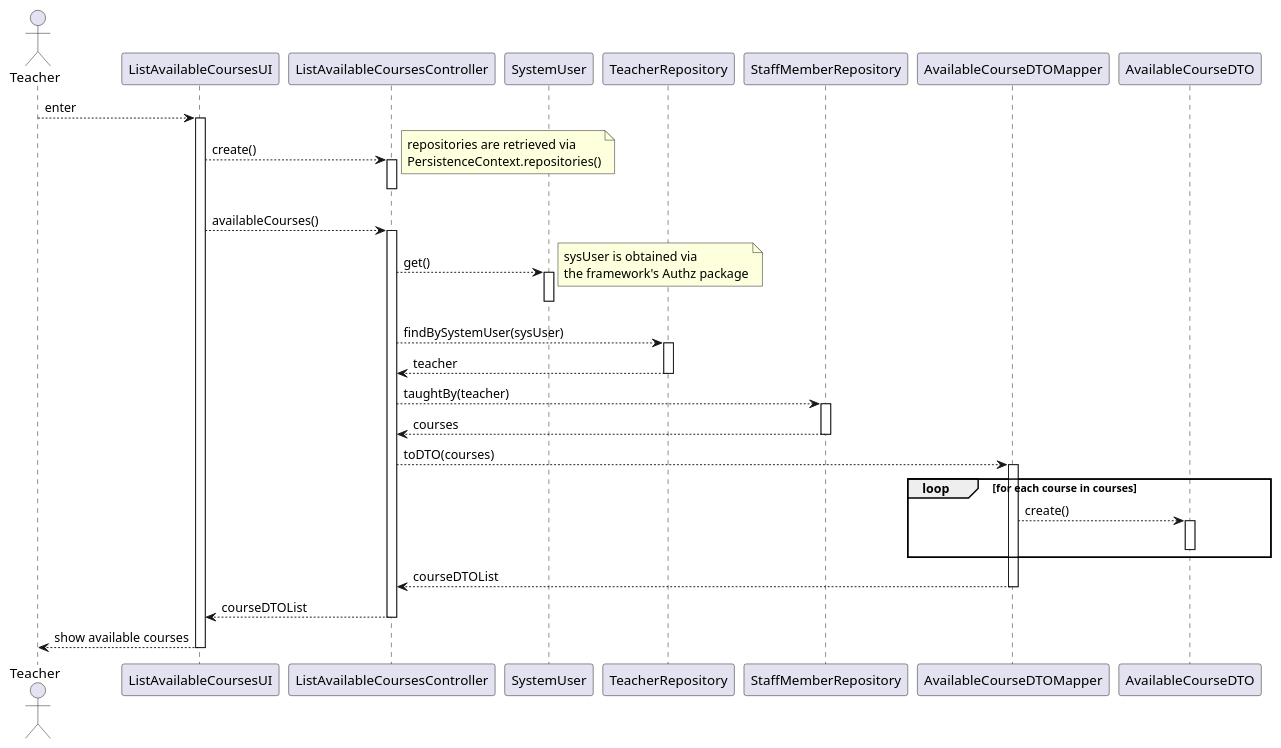
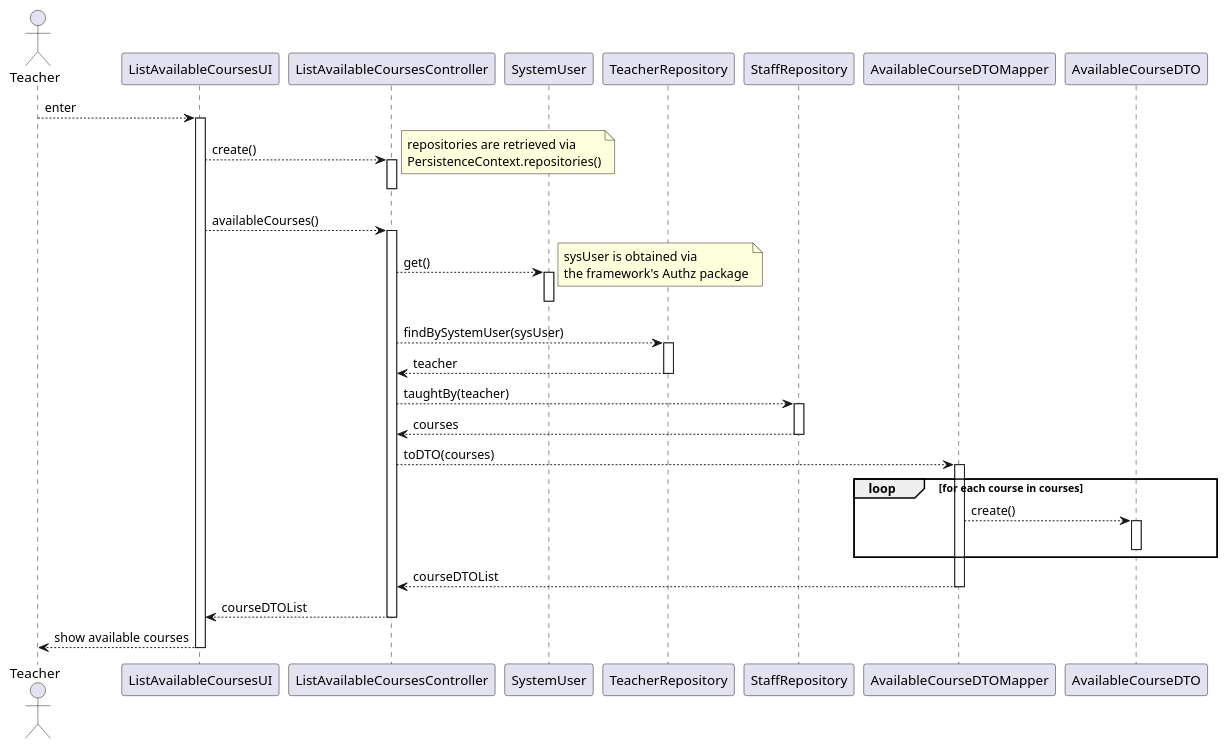
Before and after one commit to jovami/isep-lapr4: the diagram in docs/us_1006/sd-teacher.puml, drawn with PlantUML. The commit also changed 13 other files, not shown here.

```diff
--- a/docs/us_1006/sd-teacher.puml
+++ b/docs/us_1006/sd-teacher.puml
@@ -1,66 +1,66 @@
 @startuml
 
 actor Teacher as user
 participant ListAvailableCoursesUI as ui
 participant ListAvailableCoursesController as ctrl
 
 ' participant PersistenceContext as ctx
 ' participant RepositoryFactory as rep_fac
 
 participant SystemUser as sys_usr
 
 participant TeacherRepository as t_repo
 
-participant StaffMemberRepository as st_repo
+participant StaffRepository as st_repo
 
 ' participant AuthzRegistry as authreg
 ' participant AuthorizationService as authsvc
 ' participant Session as sess
 
 participant AvailableCourseDTOMapper as mapper
 participant AvailableCourseDTO as dto
 
 ' participant Course as course
 
 user --> ui : enter
 
 activate ui
     ui --> ctrl : create()
     activate ctrl
         note right : repositories are retrieved via\nPersistenceContext.repositories()
     deactivate ctrl
 
     ui --> ctrl : availableCourses()
     activate ctrl
         ctrl --> sys_usr : get()
         activate sys_usr
             note right : sysUser is obtained via\nthe framework's Authz package
         deactivate sys_usr
 
         ctrl --> t_repo : findBySystemUser(sysUser)
         activate t_repo
             t_repo --> ctrl : teacher
         deactivate t_repo
 
         ctrl --> st_repo : taughtBy(teacher)
         activate st_repo
             st_repo --> ctrl : courses
         deactivate st_repo
 
         ctrl --> mapper: toDTO(courses)
         activate mapper
             loop for each course in courses
                 mapper --> dto: create()
                 activate dto
                 deactivate dto
             end loop
             mapper --> ctrl: courseDTOList
         deactivate mapper
 
         ctrl --> ui : courseDTOList
     deactivate ctrl
 
     ui --> user : show available courses
 deactivate ui
 
 @enduml
```
